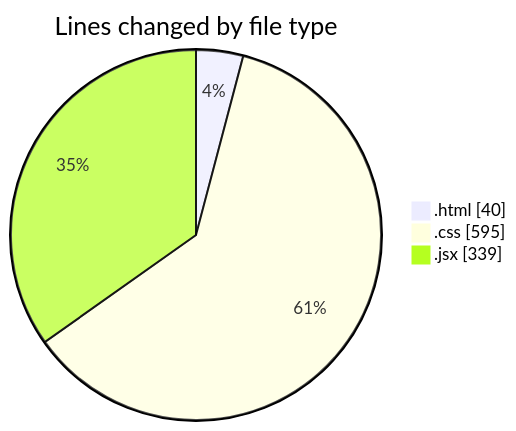
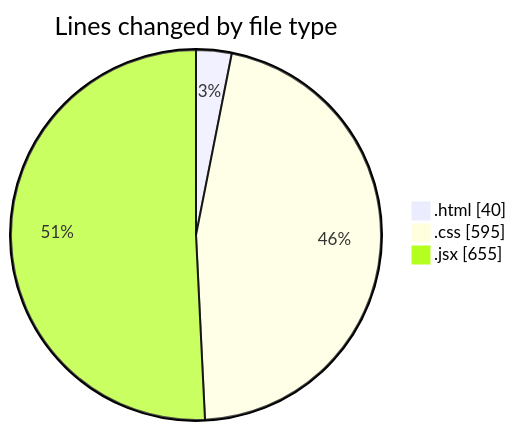
One commit to Ritupan-Deka/code-tracking changed the first of 2 diagrams in 2025-05-26/projects/README.md. Above: the diagram before and after it, drawn with Mermaid. The commit also changed other lines of this file and 1 other file, not shown here.

````diff
--- a/2025-05-26/projects/README.md
+++ b/2025-05-26/projects/README.md
@@ -23,7 +23,7 @@
 ```mermaid
 pie showData
 title Lines changed by file type
 ".html" : 40
 ".css" : 595
-".jsx" : 339
+".jsx" : 655
 ```
````
